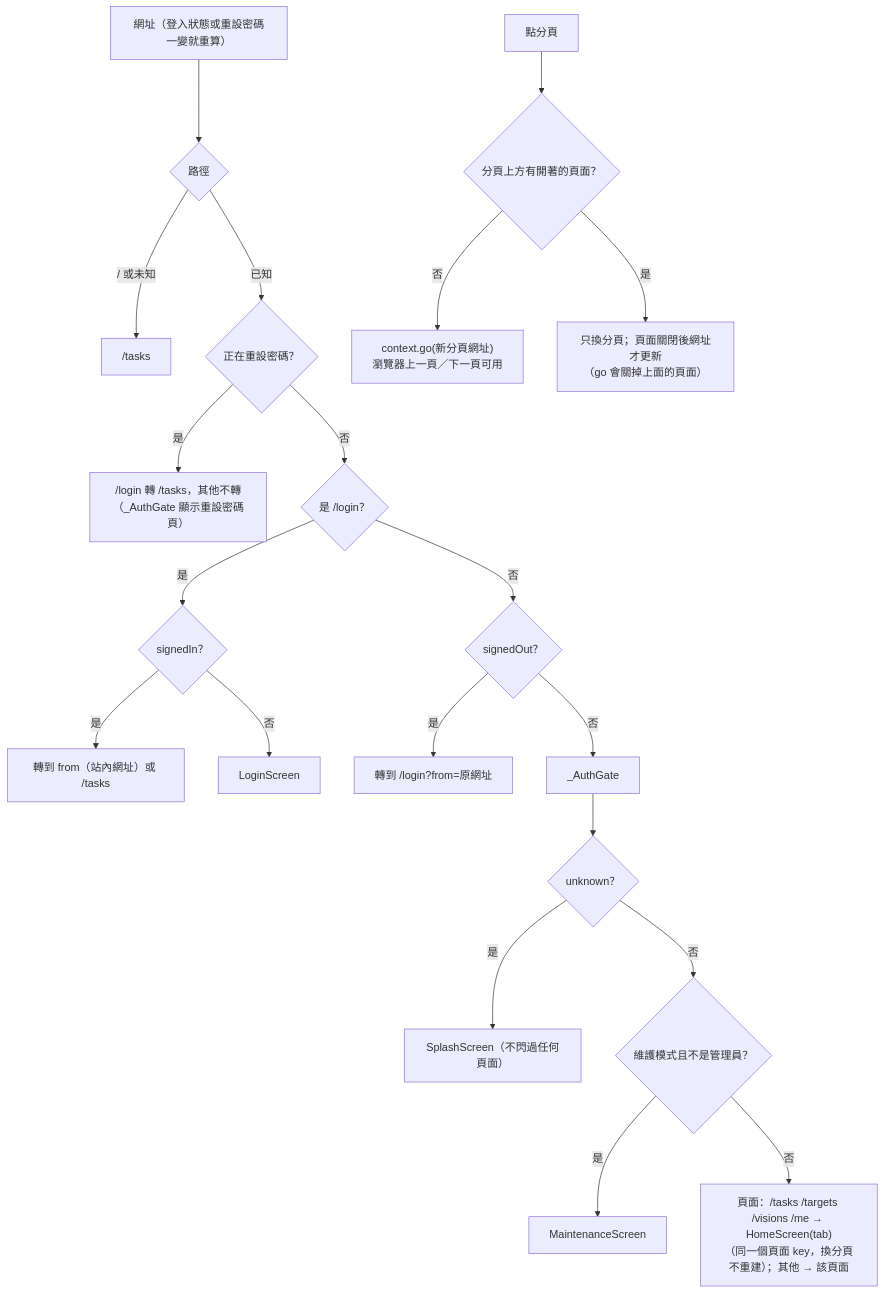
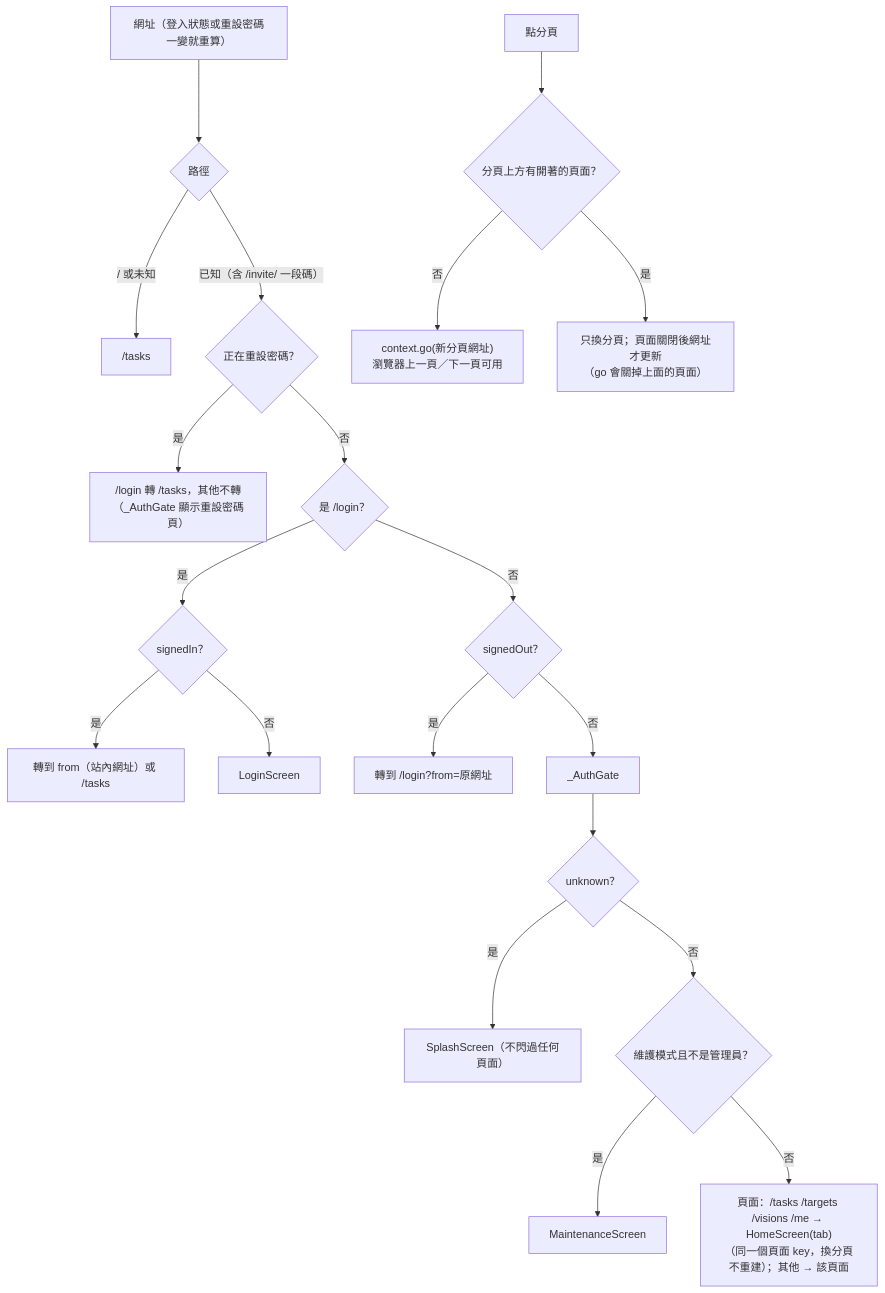
One commit to octofield/URniversity changed the second of 25 diagrams in docs/system_design.md. Above: the diagram before and after it, drawn with Mermaid. The commit also changed other lines of this file and 38 other files, not shown here.

````diff
--- a/docs/system_design.md
+++ b/docs/system_design.md
@@ -64,22 +66,22 @@
 ```mermaid
 flowchart TD
     URL["網址（登入狀態或重設密碼一變就重算）"] --> R{"路徑"}
     R -->|/ 或未知| T["/tasks"]
-    R -->|已知| Rec{"正在重設密碼？"}
+    R -->|"已知（含 /invite/ 一段碼）"| Rec{"正在重設密碼？"}
     Rec -->|是| RecP["/login 轉 /tasks，其他不轉\n（_AuthGate 顯示重設密碼頁）"]
     Rec -->|否| L{"是 /login？"}
     L -->|是| In{"signedIn？"}
     In -->|是| From["轉到 from（站內網址）或 /tasks"]
     In -->|否| LP["LoginScreen"]
     L -->|否| Out{"signedOut？"}
     Out -->|是| ToLogin["轉到 /login?from=原網址"]
     Out -->|否| Gate["_AuthGate"]
     Gate --> U{"unknown？"}
     U -->|是| Splash["SplashScreen（不閃過任何頁面）"]
     U -->|否| M{"維護模式且不是管理員？"}
     M -->|是| MS["MaintenanceScreen"]
     M -->|否| P["頁面：/tasks /targets /visions /me → HomeScreen(tab)\n（同一個頁面 key，換分頁不重建）；其他 → 該頁面"]
     Tap["點分頁"] --> Cur{"分頁上方有開著的頁面？"}
     Cur -->|否| Go["context.go(新分頁網址)\n瀏覽器上一頁／下一頁可用"]
     Cur -->|是| Idx["只換分頁；頁面關閉後網址才更新\n（go 會關掉上面的頁面）"]
 ```
````
